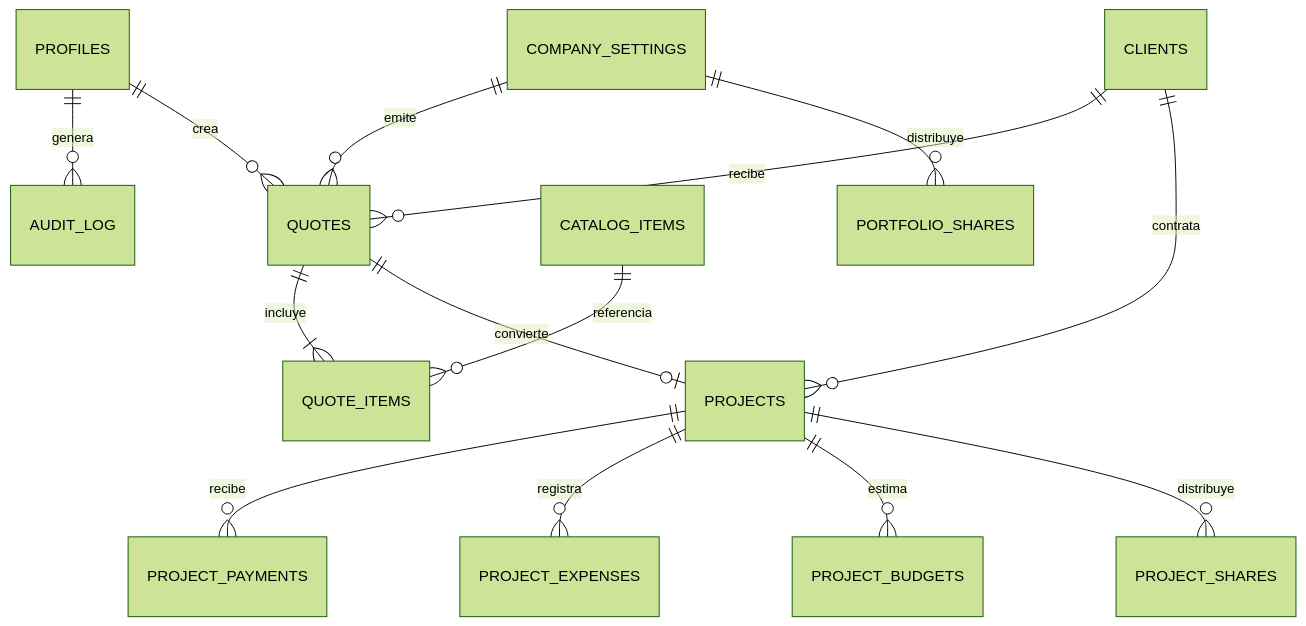
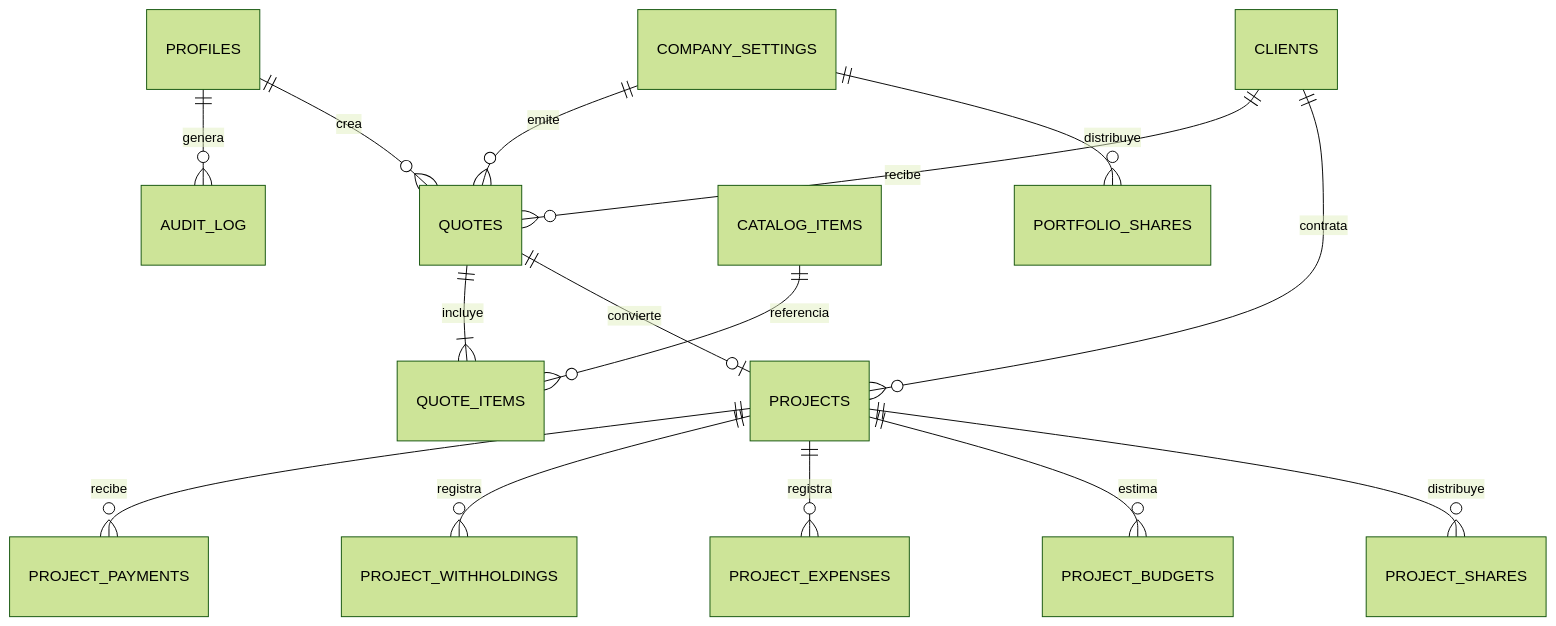
Before and after one commit to datamorphos-elecpro/appWebElecpro: the diagram in .agents/03-modelo-de-datos.md, drawn with Mermaid (forest theme). The commit also changed other lines of this file and 72 other files, not shown here.

````diff
--- a/.agents/03-modelo-de-datos.md
+++ b/.agents/03-modelo-de-datos.md
@@ -11,16 +11,17 @@
 ```mermaid
 erDiagram
   PROFILES ||--o{ AUDIT_LOG : genera
   COMPANY_SETTINGS ||--o{ QUOTES : emite
   PROFILES ||--o{ QUOTES : crea
   CLIENTS ||--o{ QUOTES : recibe
   QUOTES ||--|{ QUOTE_ITEMS : incluye
   QUOTES ||--o| PROJECTS : convierte
   CLIENTS ||--o{ PROJECTS : contrata
   PROJECTS ||--o{ PROJECT_PAYMENTS : recibe
+  PROJECTS ||--o{ PROJECT_WITHHOLDINGS : registra
   PROJECTS ||--o{ PROJECT_EXPENSES : registra
   PROJECTS ||--o{ PROJECT_BUDGETS : estima
   PROJECTS ||--o{ PROJECT_SHARES : distribuye
   CATALOG_ITEMS ||--o{ QUOTE_ITEMS : referencia
   COMPANY_SETTINGS ||--o{ PORTFOLIO_SHARES : distribuye
 ```
````
